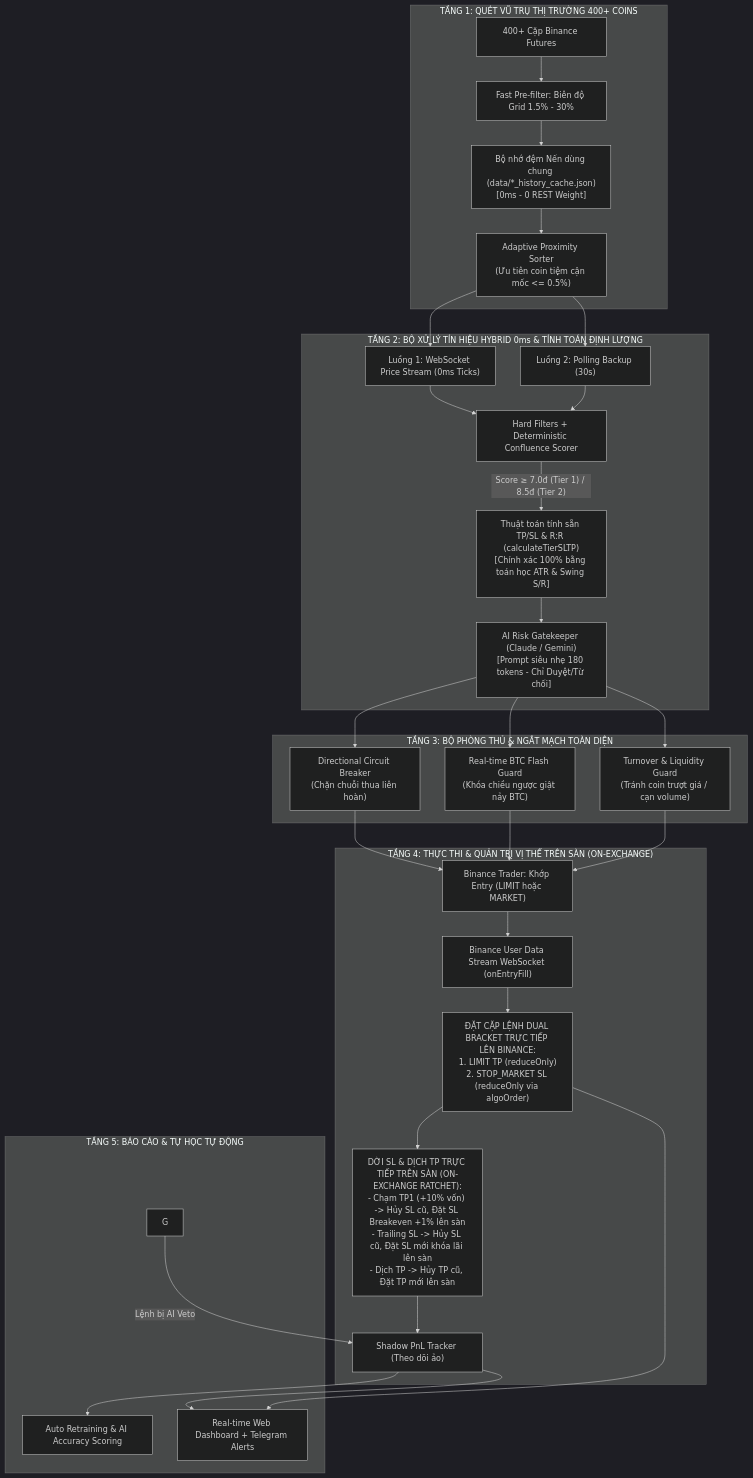
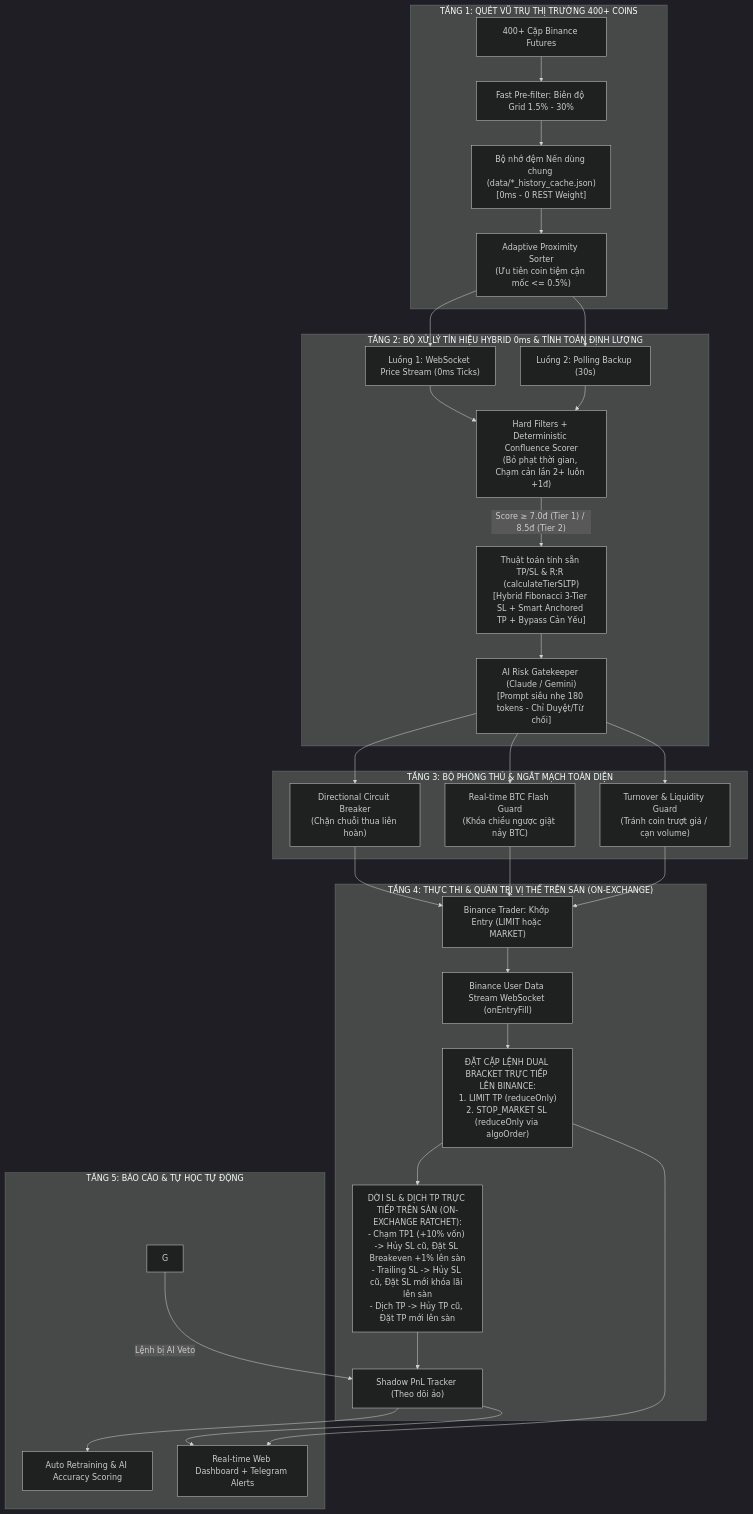
One commit to hoanglam123/369futures changed the first of 3 diagrams in bot_new/ROADMAP_UPGRADE_FROM_BOT_H4.md. Above: the diagram before and after it, drawn with Mermaid (dark theme). The commit also changed other lines of this file, not shown here.

Commit message:
docs(roadmap): update Phase 2 with Hybrid Fibonacci SL/TP, Cluster Zones, and Scorer refinements from bot-h4

````diff
--- a/bot_new/ROADMAP_UPGRADE_FROM_BOT_H4.md
+++ b/bot_new/ROADMAP_UPGRADE_FROM_BOT_H4.md
@@ -28,36 +28,36 @@
 ```mermaid
 flowchart TD
     subgraph MarketUniverse ["TẦNG 1: QUÉT VŨ TRỤ THỊ TRƯỜNG 400+ COINS"]
         A["400+ Cặp Binance Futures"] --> B["Fast Pre-filter: Biên độ Grid 1.5% - 30%"]
         B --> C["Bộ nhớ đệm Nến dùng chung (data/*_history_cache.json)\n[0ms - 0 REST Weight]"]
         C --> D["Adaptive Proximity Sorter\n(Ưu tiên coin tiệm cận mốc <= 0.5%)"]
     end
 
     subgraph SignalEngine ["TẦNG 2: BỘ XỬ LÝ TÍN HIỆU HYBRID 0ms & TÍNH TOÁN ĐỊNH LƯỢNG"]
         D --> E1["Luồng 1: WebSocket Price Stream (0ms Ticks)"]
         D --> E2["Luồng 2: Polling Backup (30s)"]
-        E1 & E2 --> F["Hard Filters + Deterministic Confluence Scorer"]
-        F -- "Score &ge; 7.0đ (Tier 1) / 8.5đ (Tier 2)" --> G1["Thuật toán tính sẵn TP/SL & R:R (calculateTierSLTP)\n[Chính xác 100% bằng toán học ATR & Swing S/R]"]
+        E1 & E2 --> F["Hard Filters + Deterministic Confluence Scorer\n(Bỏ phạt thời gian, Chạm cản lần 2+ luôn +1đ)"]
+        F -- "Score &ge; 7.0đ (Tier 1) / 8.5đ (Tier 2)" --> G1["Thuật toán tính sẵn TP/SL & R:R (calculateTierSLTP)\n[Hybrid Fibonacci 3-Tier SL + Smart Anchored TP + Bypass Cản Yếu]"]
         G1 --> G2["AI Risk Gatekeeper (Claude / Gemini)\n[Prompt siêu nhẹ 180 tokens - Chỉ Duyệt/Từ chối]"]
     end
 
     subgraph SafetyGate ["TẦNG 3: BỘ PHÒNG THỦ & NGẮT MẠCH TOÀN DIỆN"]
         G2 --> H1["Directional Circuit Breaker\n(Chặn chuỗi thua liên hoàn)"]
         G2 --> H2["Real-time BTC Flash Guard\n(Khóa chiều ngược giật nảy BTC)"]
         G2 --> H3["Turnover & Liquidity Guard\n(Tránh coin trượt giá / cạn volume)"]
     end
 
     subgraph ExecutionDualBracket ["TẦNG 4: THỰC THI & QUẢN TRỊ VỊ THẾ TRÊN SÀN (ON-EXCHANGE)"]
         H1 & H2 & H3 --> I["Binance Trader: Khớp Entry (LIMIT hoặc MARKET)"]
         I --> J["Binance User Data Stream WebSocket (onEntryFill)"]
         J --> K["ĐẶT CẶP LỆNH DUAL BRACKET TRỰC TIẾP LÊN BINANCE:\n1. LIMIT TP (reduceOnly)\n2. STOP_MARKET SL (reduceOnly via algoOrder)"]
         K --> L["DỜI SL & DỊCH TP TRỰC TIẾP TRÊN SÀN (ON-EXCHANGE RATCHET):\n- Chạm TP1 (+10% vốn) -> Hủy SL cũ, Đặt SL Breakeven +1% lên sàn\n- Trailing SL -> Hủy SL cũ, Đặt SL mới khóa lãi lên sàn\n- Dịch TP -> Hủy TP cũ, Đặt TP mới lên sàn"]
         L --> M["Tự động dọn dẹp lệnh đối ứng (autoCleanOppositeOrder)\nkhi 1 trong 2 đầu TP/SL khớp"]
     end
 
     subgraph Analytics ["TẦNG 5: BÁO CÁO & TỰ HỌC TỰ ĐỘNG"]
         G -- "Lệnh bị AI Veto" --> M["Shadow PnL Tracker (Theo dõi ảo)"]
         M --> N["Auto Retraining & AI Accuracy Scoring"]
         K & M --> O["Real-time Web Dashboard + Telegram Alerts"]
     end
 ```
````
